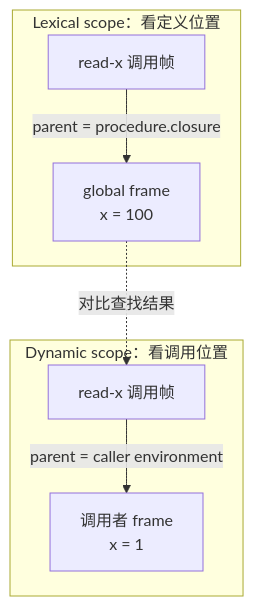
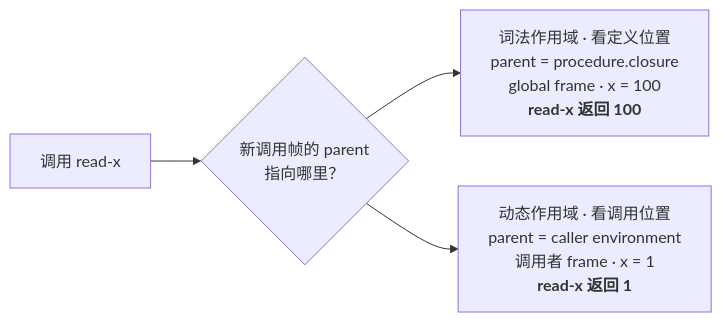
One commit to LittlePyx/LittlePyx.github.io changed the sixth of 8 diagrams in source/_posts/composing-programs-runtime-abstraction.md. Above: the diagram before and after it, drawn with Mermaid. The commit also changed other lines of this file and 9 other files, not shown here.

```diff
--- a/source/_posts/composing-programs-runtime-abstraction.md
+++ b/source/_posts/composing-programs-runtime-abstraction.md
@@ -388,10 +402,8 @@
 {% mermaid %}
-flowchart TB
-    subgraph LEXICAL["Lexical scope：看定义位置"]
-      LC["read-x 调用帧"] -->|parent = procedure.closure| LG["global frame<br/>x = 100"]
-    end
-    subgraph DYNAMIC["Dynamic scope：看调用位置"]
-      DC["read-x 调用帧"] -->|parent = caller environment| DL["调用者 frame<br/>x = 1"]
-    end
-    LG -.对比查找结果.-> DC
+flowchart LR
+    CALL["调用 read-x"] --> CHOICE{"新调用帧的 parent<br/>指向哪里？"}
+    CHOICE --> LEXICAL["词法作用域 · 看定义位置<br/>parent = procedure.closure<br/>global frame · x = 100<br/><b>read-x 返回 100</b>"]
+    CHOICE --> DYNAMIC["动态作用域 · 看调用位置<br/>parent = caller environment<br/>调用者 frame · x = 1<br/><b>read-x 返回 1</b>"]
+    class LEXICAL cp-path-good
+    class DYNAMIC cp-path-bad
 {% endmermaid %}
```
